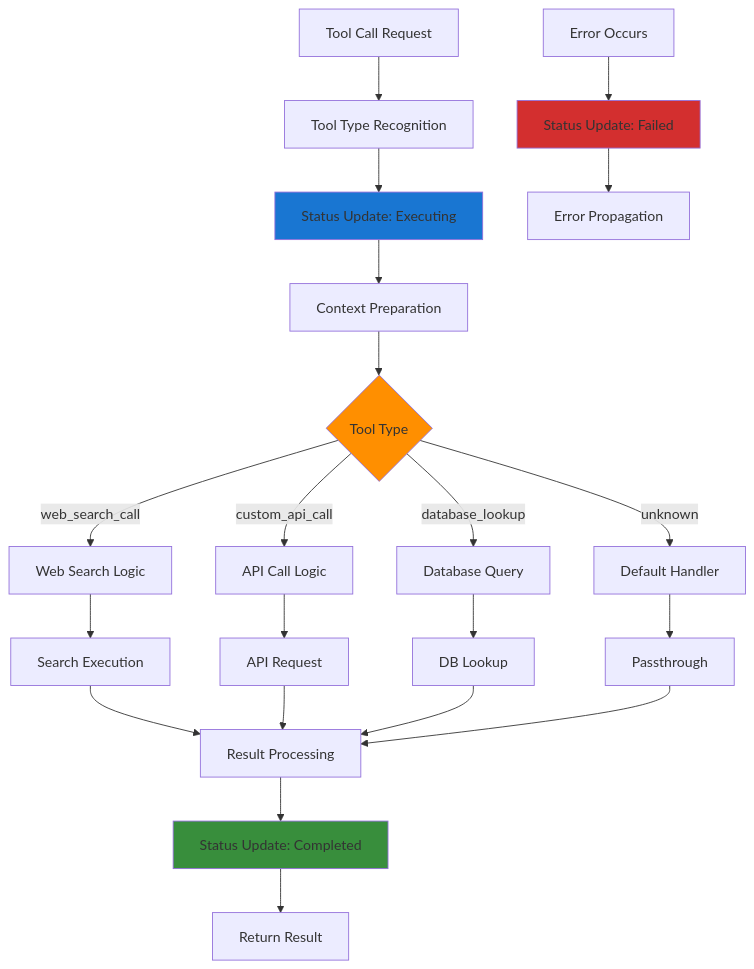
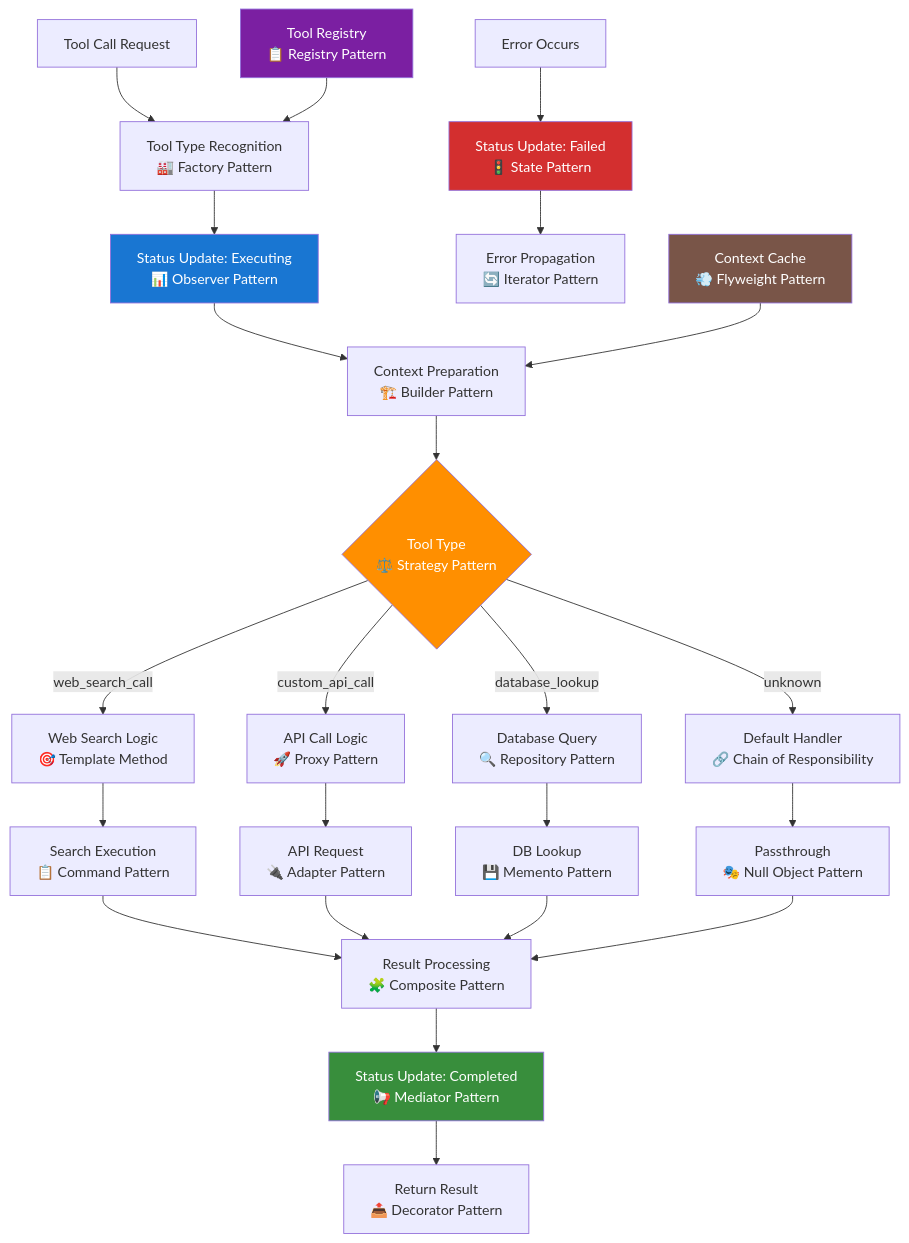
The diagram in docs/services/tools.md (rlynjb/adventurecue), drawn with Mermaid before and after one commit. The commit also changed other lines of this file and 3 other files, not shown here.

````diff
--- a/docs/services/tools.md
+++ b/docs/services/tools.md
@@ -59,32 +60,37 @@
 ```mermaid
 graph TD
-    A[Tool Call Request] --> B[Tool Type Recognition]
-    B --> C[Status Update: Executing]
-    C --> D[Context Preparation]
-    D --> E{Tool Type}
-    E -->|web_search_call| F[Web Search Logic]
-    E -->|custom_api_call| G[API Call Logic]
-    E -->|database_lookup| H[Database Query]
-    E -->|unknown| I[Default Handler]
+    A[Tool Call Request] --> B[Tool Type Recognition<br/>🏭 Factory Pattern]
+    B --> C[Status Update: Executing<br/>📊 Observer Pattern]
+    C --> D[Context Preparation<br/>🏗️ Builder Pattern]
+    D --> E{Tool Type<br/>⚖️ Strategy Pattern}
+    E -->|web_search_call| F[Web Search Logic<br/>🎯 Template Method]
+    E -->|custom_api_call| G[API Call Logic<br/>🚀 Proxy Pattern]
+    E -->|database_lookup| H[Database Query<br/>🔍 Repository Pattern]
+    E -->|unknown| I[Default Handler<br/>🔗 Chain of Responsibility]
 
-    F --> J[Search Execution]
-    G --> K[API Request]
-    H --> L[DB Lookup]
-    I --> M[Passthrough]
+    F --> J[Search Execution<br/>📋 Command Pattern]
+    G --> K[API Request<br/>🔌 Adapter Pattern]
+    H --> L[DB Lookup<br/>💾 Memento Pattern]
+    I --> M[Passthrough<br/>🎭 Null Object Pattern]
 
-    J --> N[Result Processing]
+    J --> N[Result Processing<br/>🧩 Composite Pattern]
     K --> N
     L --> N
     M --> N
 
-    N --> O[Status Update: Completed]
-    O --> P[Return Result]
+    N --> O[Status Update: Completed<br/>📢 Mediator Pattern]
+    O --> P[Return Result<br/>📤 Decorator Pattern]
 
-    Q[Error Occurs] --> R[Status Update: Failed]
-    R --> S[Error Propagation]
+    Q[Error Occurs] --> R[Status Update: Failed<br/>🚦 State Pattern]
+    R --> S[Error Propagation<br/>🔄 Iterator Pattern]
 
-    style C fill:#1976d2
-    style O fill:#388e3c
-    style R fill:#d32f2f
-    style E fill:#ff8f00
+    T[Tool Registry<br/>📋 Registry Pattern] --> B
+    U[Context Cache<br/>💨 Flyweight Pattern] --> D
+
+    style C fill:#1976d2,color:#fff
+    style O fill:#388e3c,color:#fff
+    style R fill:#d32f2f,color:#fff
+    style E fill:#ff8f00,color:#fff
+    style T fill:#7b1fa2,color:#fff
+    style U fill:#795548,color:#fff
 ```
````
